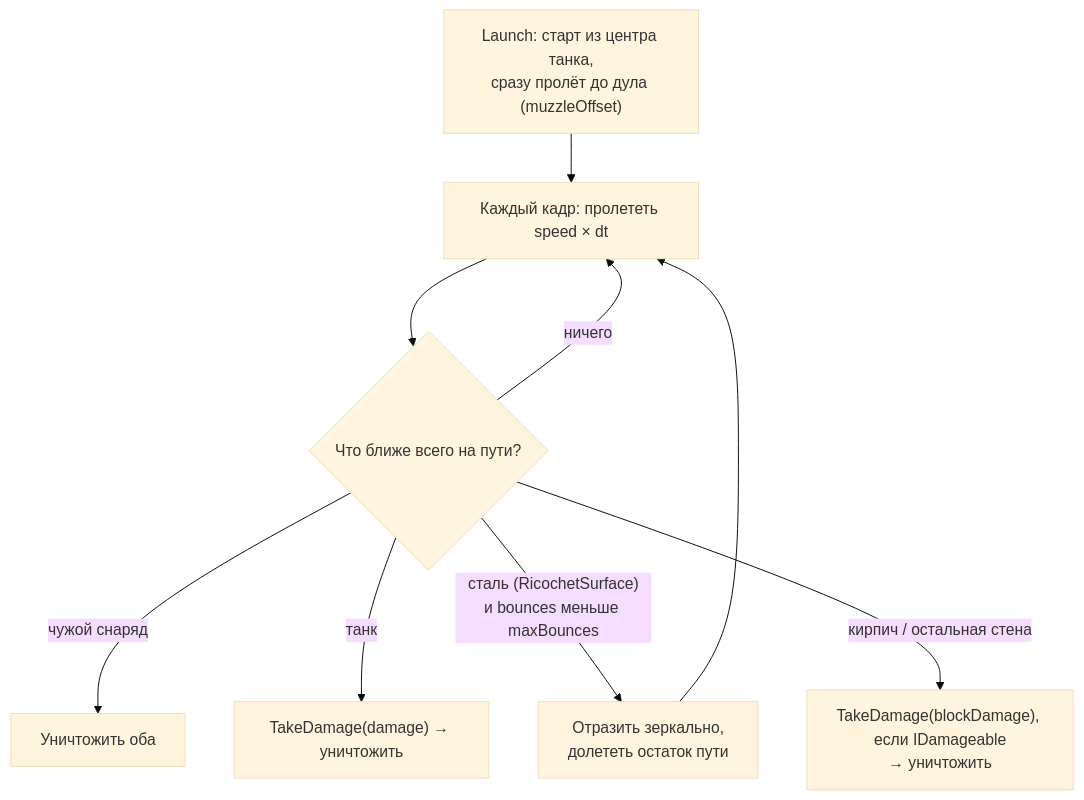
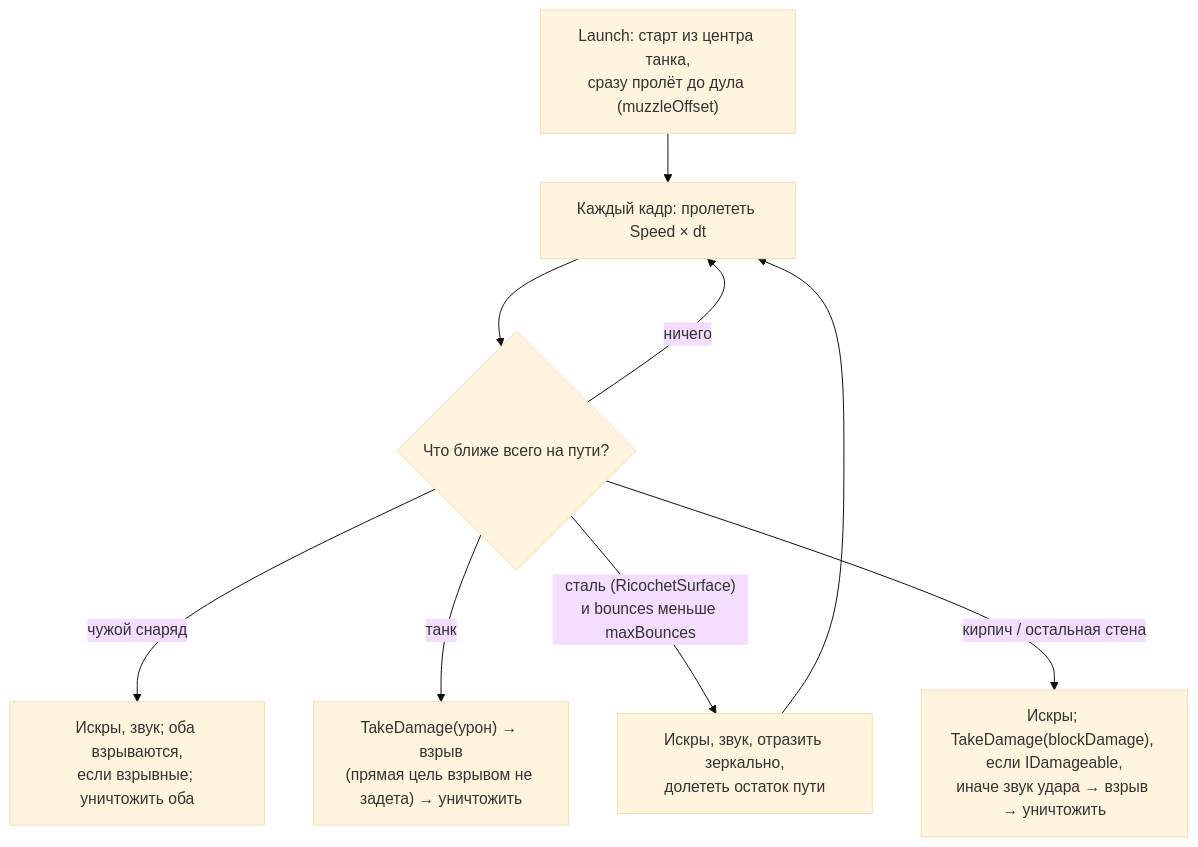
One commit to niikage7/burmalda-gamejam changed the second of 2 diagrams in Documentation/articles/weapons.md. Above: the diagram before and after it, drawn with Mermaid (base theme). The commit also changed other lines of this file and 33 other files, not shown here.

````diff
--- a/Documentation/articles/weapons.md
+++ b/Documentation/articles/weapons.md
@@ -31,11 +87,11 @@
 ```mermaid
 flowchart TD
-    L["Launch: старт из центра танка,<br/>сразу пролёт до дула (muzzleOffset)"] --> F["Каждый кадр: пролететь speed × dt"]
+    L["Launch: старт из центра танка,<br/>сразу пролёт до дула (muzzleOffset)"] --> F["Каждый кадр: пролететь Speed × dt"]
     F --> Q{"Что ближе всего на пути?"}
     Q -- ничего --> F
-    Q -- "чужой снаряд" --> X["Уничтожить оба"]
-    Q -- "танк" --> D["TakeDamage(damage) → уничтожить"]
-    Q -- "сталь (RicochetSurface)<br/>и bounces меньше maxBounces" --> R["Отразить зеркально,<br/>долететь остаток пути"]
+    Q -- "чужой снаряд" --> X["Искры, звук; оба взрываются,<br/>если взрывные; уничтожить оба"]
+    Q -- "танк" --> D["TakeDamage(урон) → взрыв<br/>(прямая цель взрывом не задета) → уничтожить"]
+    Q -- "сталь (RicochetSurface)<br/>и bounces меньше maxBounces" --> R["Искры, звук, отразить зеркально,<br/>долететь остаток пути"]
     R --> F
-    Q -- "кирпич / остальная стена" --> T["TakeDamage(blockDamage), если IDamageable<br/>→ уничтожить"]
+    Q -- "кирпич / остальная стена" --> T["Искры; TakeDamage(blockDamage), если IDamageable,<br/>иначе звук удара → взрыв → уничтожить"]
 ```
````
